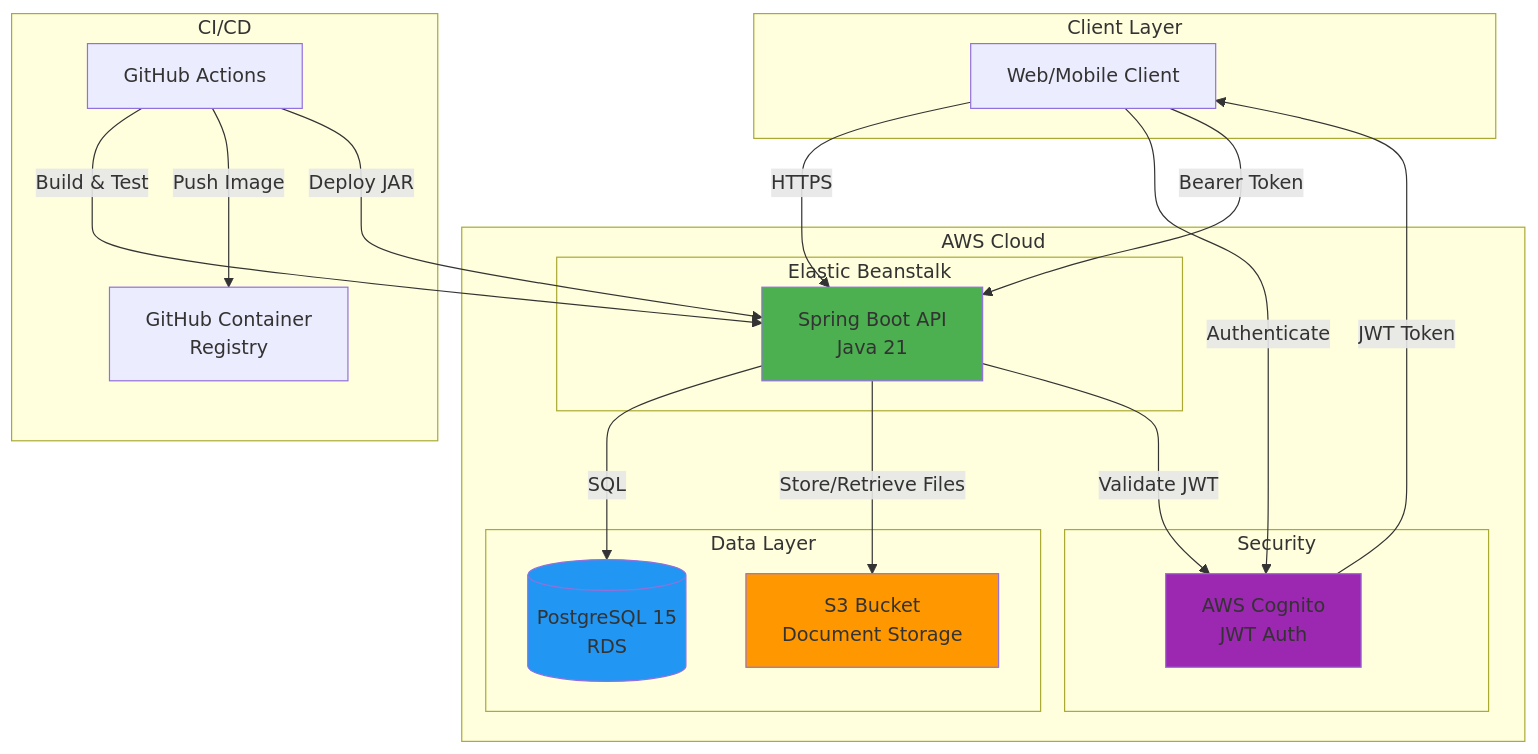
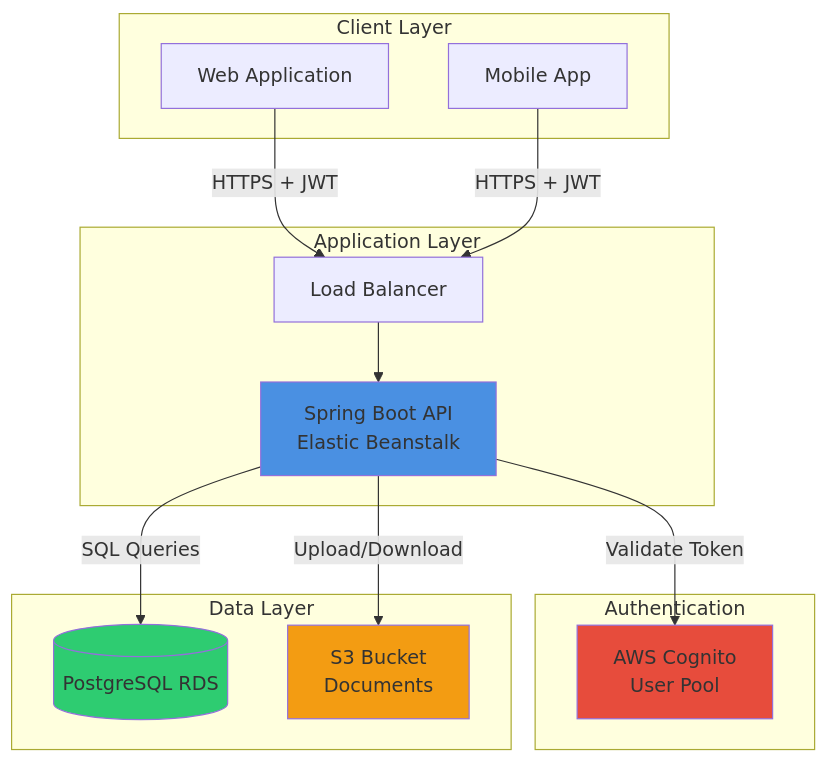
The first of 3 diagrams in docs/architecture.md (SibusisoMashita/omnisolve-api), drawn with Mermaid before and after one commit. The commit also changed other lines of this file and 82 other files, not shown here.

````diff
--- a/docs/architecture.md
+++ b/docs/architecture.md
@@ -9,43 +18,33 @@
 ```mermaid
 graph TB
     subgraph "Client Layer"
-        Client[Web/Mobile Client]
+        Web[Web Application]
+        Mobile[Mobile App]
     end
     
-    subgraph "AWS Cloud"
-        subgraph "Elastic Beanstalk"
-            API[Spring Boot API<br/>Java 21]
-        end
-        
-        subgraph "Data Layer"
-            RDS[(PostgreSQL 15<br/>RDS)]
-            S3[S3 Bucket<br/>Document Storage]
-        end
-        
-        subgraph "Security"
-            Cognito[AWS Cognito<br/>JWT Auth]
-        end
+    subgraph "Authentication"
+        Cognito[AWS Cognito<br/>User Pool]
     end
     
-    subgraph "CI/CD"
-        GitHub[GitHub Actions]
-        GHCR[GitHub Container<br/>Registry]
+    subgraph "Application Layer"
+        LB[Load Balancer]
+        API[Spring Boot API<br/>Elastic Beanstalk]
     end
     
-    Client -->|HTTPS| API
-    API -->|SQL| RDS
-    API -->|Store/Retrieve Files| S3
-    Client -->|Authenticate| Cognito
-    Cognito -->|JWT Token| Client
-    Client -->|Bearer Token| API
-    API -->|Validate JWT| Cognito
+    subgraph "Data Layer"
+        RDS[(PostgreSQL RDS)]
+        S3[S3 Bucket<br/>Documents]
+    end
     
-    GitHub -->|Build & Test| API
-    GitHub -->|Push Image| GHCR
-    GitHub -->|Deploy JAR| API
+    Web -->|HTTPS + JWT| LB
+    Mobile -->|HTTPS + JWT| LB
+    LB --> API
+    API -->|Validate Token| Cognito
+    API -->|SQL Queries| RDS
+    API -->|Upload/Download| S3
     
-    style API fill:#4CAF50
-    style RDS fill:#2196F3
-    style S3 fill:#FF9800
-    style Cognito fill:#9C27B0
+    style API fill:#4A90E2
+    style RDS fill:#2ECC71
+    style S3 fill:#F39C12
+    style Cognito fill:#E74C3C
 ```
````
